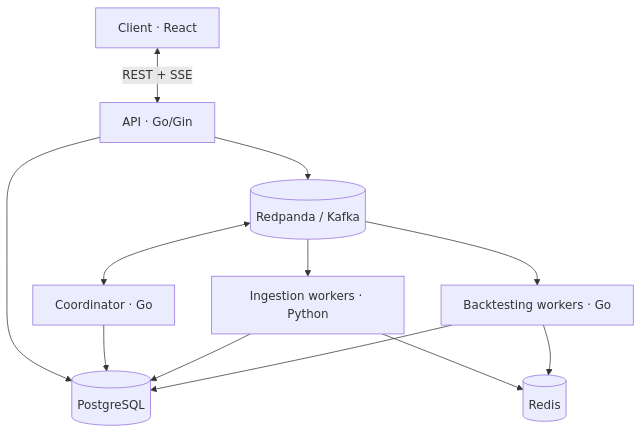
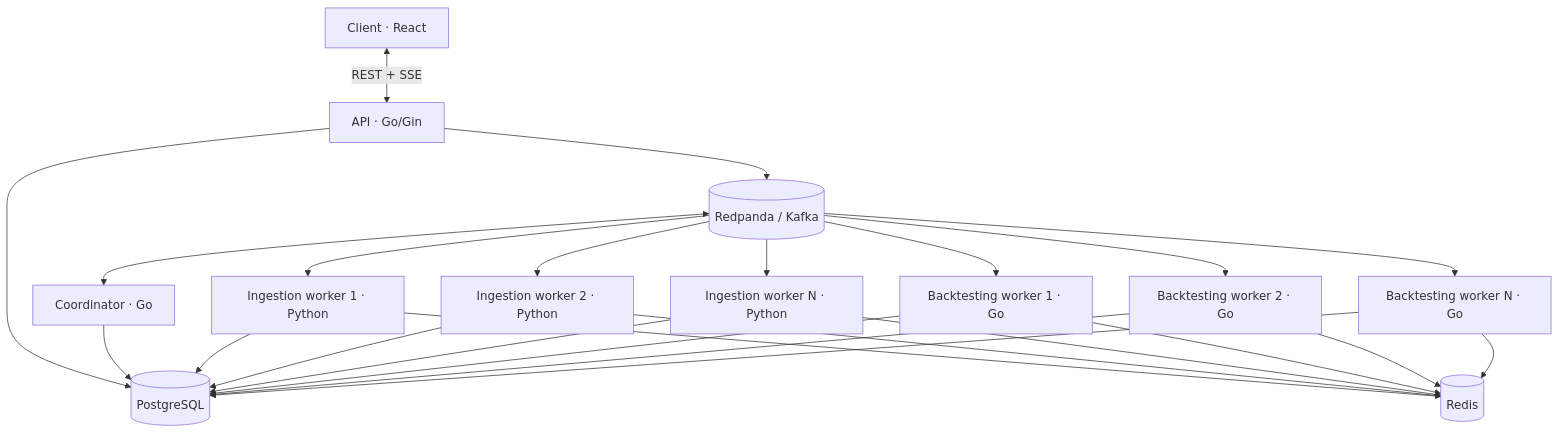
Before and after one commit to Samirkhairati/backtesting: the diagram in README.md, drawn with Mermaid.

Commit message:
docs: show multiple ingestion and backtesting workers in architecture diagram

````diff
--- a/README.md
+++ b/README.md
@@ -19,10 +19,14 @@
 ```mermaid
 flowchart TD
     Client[Client · React] <-->|REST + SSE| API[API · Go/Gin]
     API --> Kafka[(Redpanda / Kafka)]
     Kafka <--> Coord[Coordinator · Go]
-    Kafka --> Ing[Ingestion workers · Python]
-    Kafka --> BT[Backtesting workers · Go]
-    API & Coord & Ing & BT --> DB[(PostgreSQL)]
-    Ing & BT --> Cache[(Redis)]
+    Kafka --> Ing1[Ingestion worker 1 · Python]
+    Kafka --> Ing2[Ingestion worker 2 · Python]
+    Kafka --> IngN[Ingestion worker N · Python]
+    Kafka --> BT1[Backtesting worker 1 · Go]
+    Kafka --> BT2[Backtesting worker 2 · Go]
+    Kafka --> BTN[Backtesting worker N · Go]
+    API & Coord & Ing1 & Ing2 & IngN & BT1 & BT2 & BTN --> DB[(PostgreSQL)]
+    Ing1 & Ing2 & IngN & BT1 & BT2 & BTN --> Cache[(Redis)]
 ```
````
